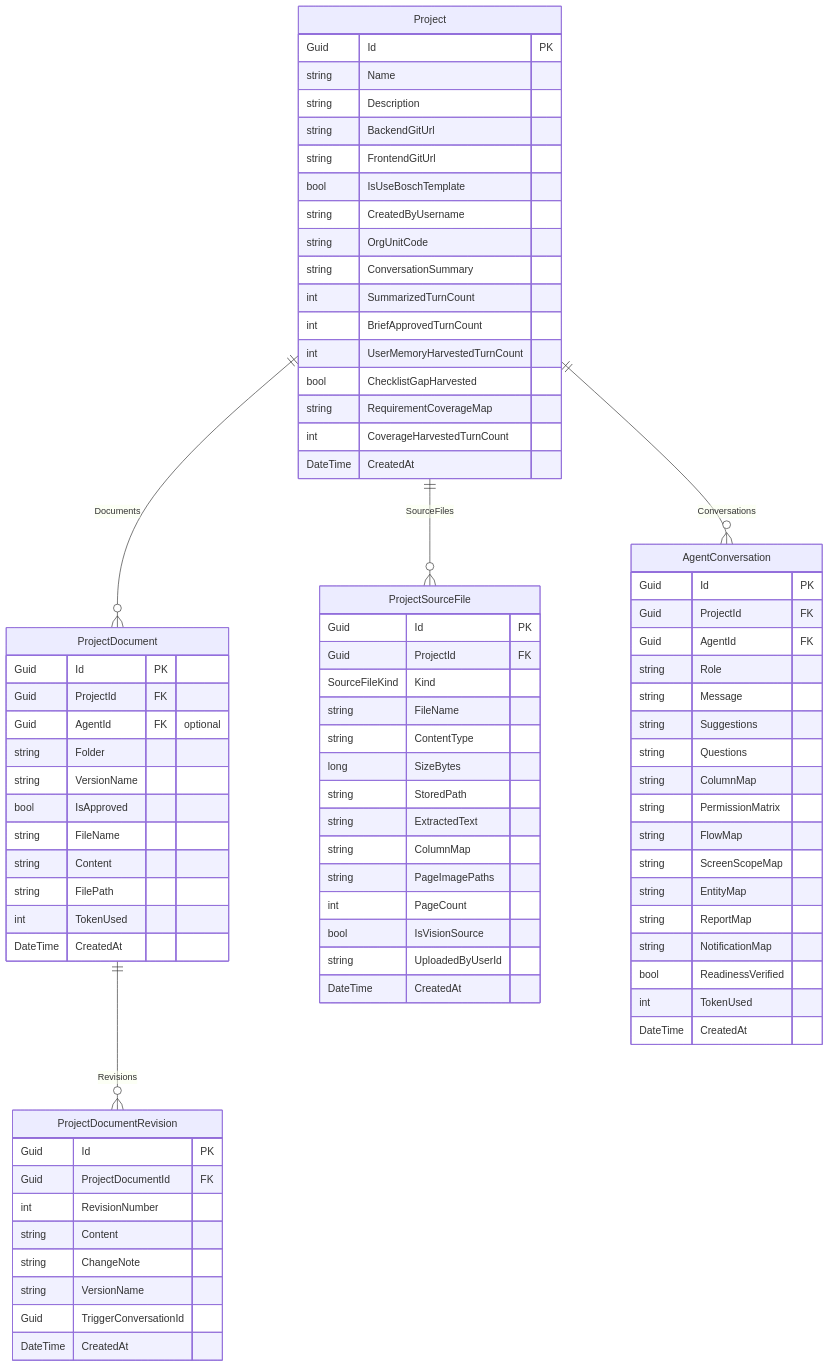
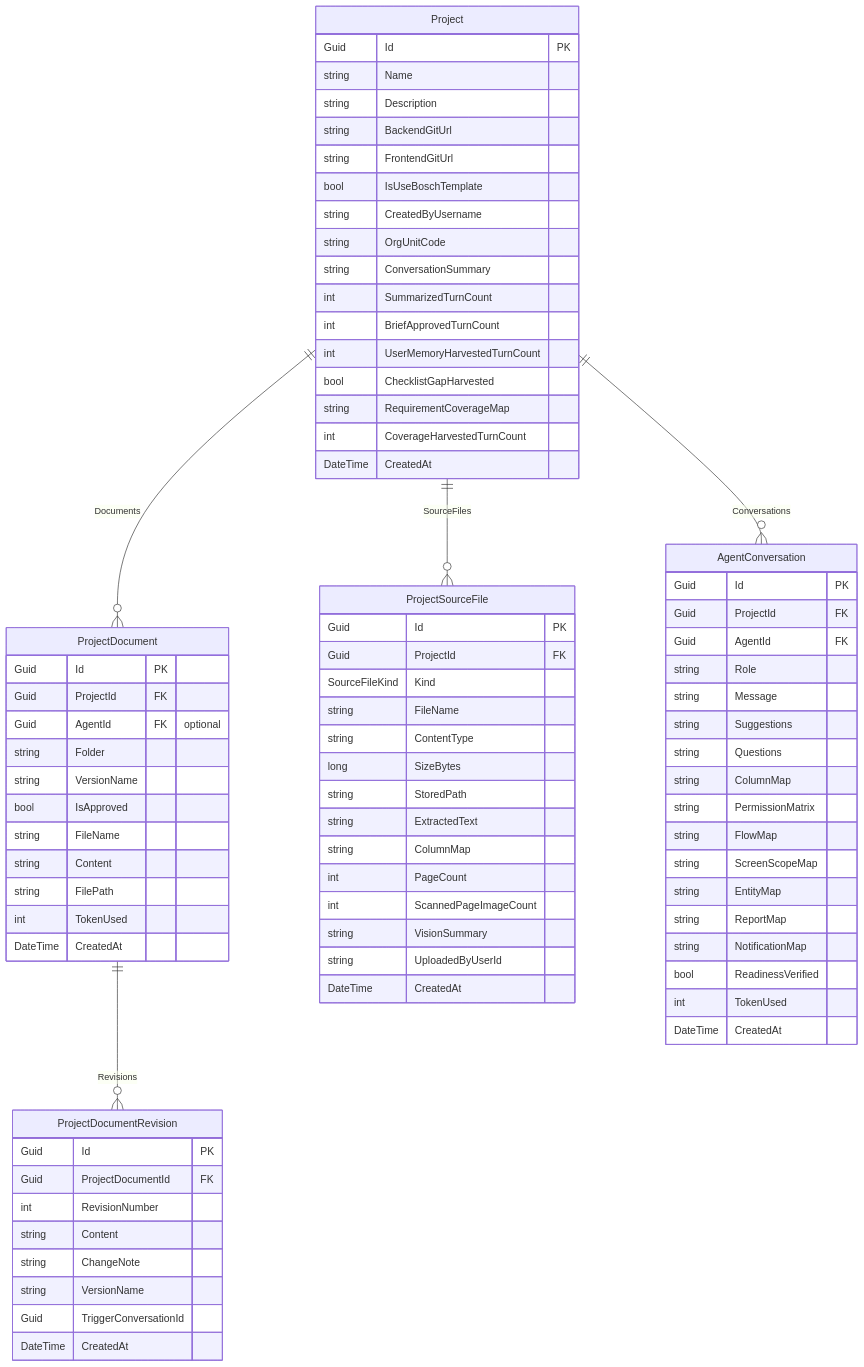
The second of 9 diagrams in docs/data-model.md (Songlong0506/ICOGenerator-v4), drawn with Mermaid before and after one commit. The commit also changed other lines of this file and 31 other files, not shown here.

```diff
--- a/docs/data-model.md
+++ b/docs/data-model.md
@@ -147,9 +147,9 @@
         string StoredPath
         string ExtractedText
         string ColumnMap
-        string PageImagePaths
         int PageCount
-        bool IsVisionSource
+        int ScannedPageImageCount
+        string VisionSummary
         string UploadedByUserId
         DateTime CreatedAt
     }
```
